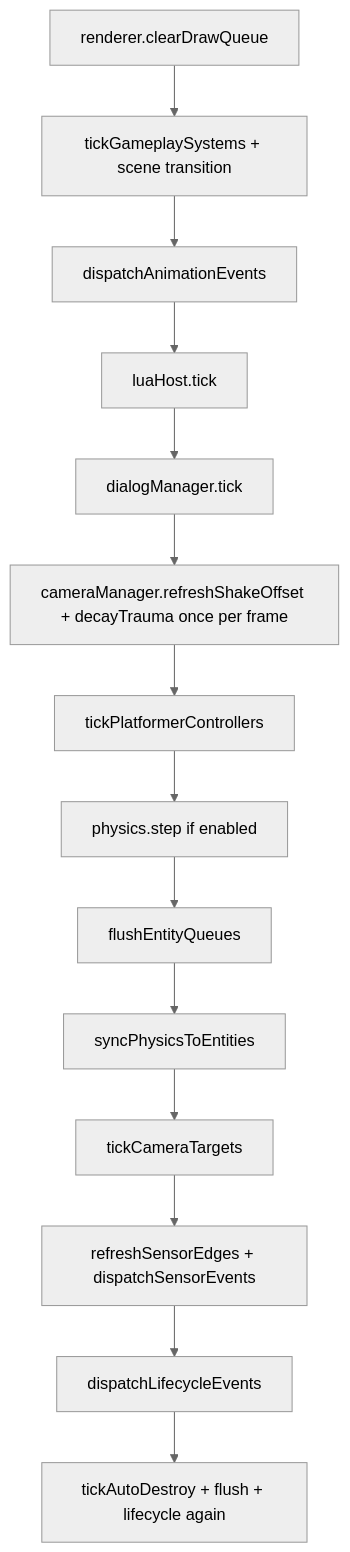
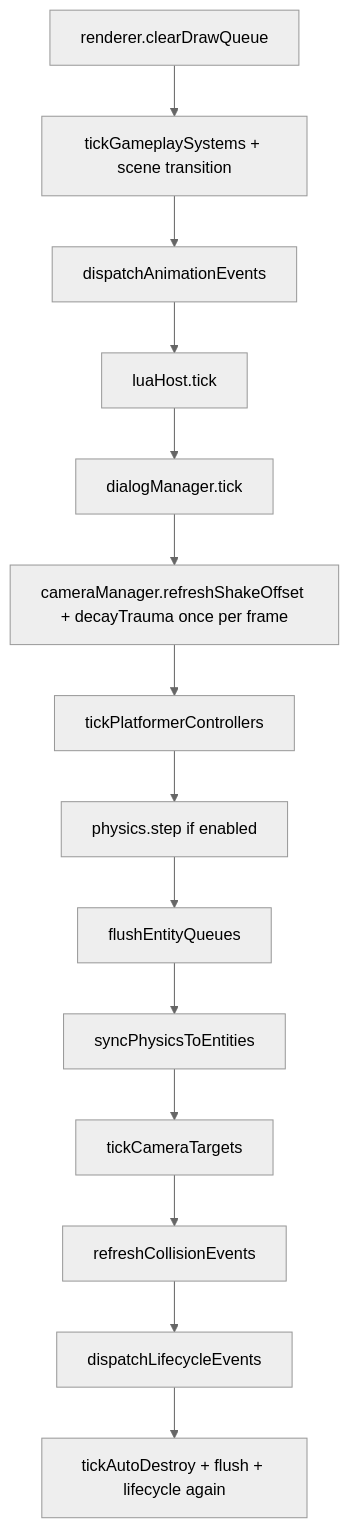
One commit to Toniocardex/ArtCade-Studio_V2 changed the diagram in docs/FIXED_STEP_CONTRACT.md. Above: the diagram before and after it, drawn with Mermaid (neutral theme). The commit also changed other lines of this file and 5 other files, not shown here.

````diff
--- a/docs/FIXED_STEP_CONTRACT.md
+++ b/docs/FIXED_STEP_CONTRACT.md
@@ -11,19 +11,19 @@
 ```mermaid
 flowchart TD
   clearDraw[renderer.clearDrawQueue]
   gameplay[tickGameplaySystems + scene transition]
   animPre[dispatchAnimationEvents]
   luaTick[luaHost.tick]
   dialogTick[dialogManager.tick]
   camShake[cameraManager.refreshShakeOffset + decayTrauma once per frame]
   platformer[tickPlatformerControllers]
   physStep[physics.step if enabled]
   flush1[flushEntityQueues]
   physSync[syncPhysicsToEntities]
   cam[tickCameraTargets]
-  sensors[refreshSensorEdges + dispatchSensorEvents]
+  collisions[refreshCollisionEvents]
   life[dispatchLifecycleEvents]
   autoDestroy[tickAutoDestroy + flush + lifecycle again]
   clearDraw --> gameplay --> animPre --> luaTick --> dialogTick --> camShake --> platformer --> physStep
-  physStep --> flush1 --> physSync --> cam --> sensors --> life --> autoDestroy
+  physStep --> flush1 --> physSync --> cam --> collisions --> life --> autoDestroy
 ```
````
